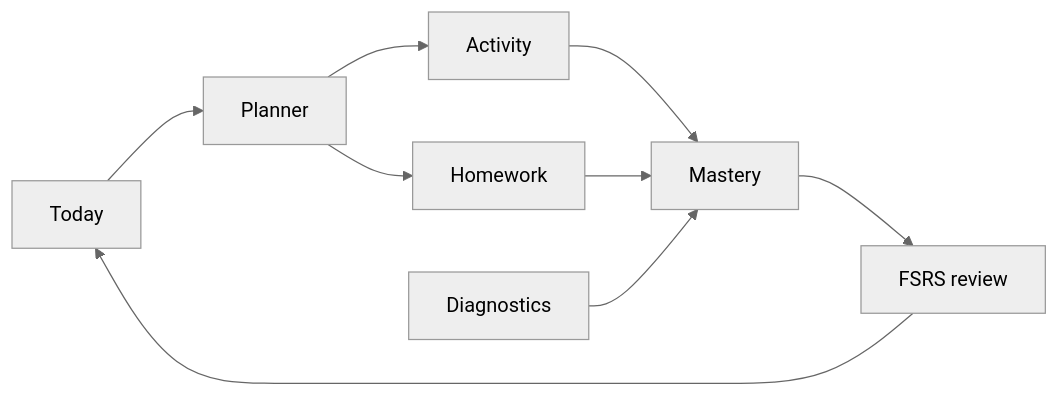
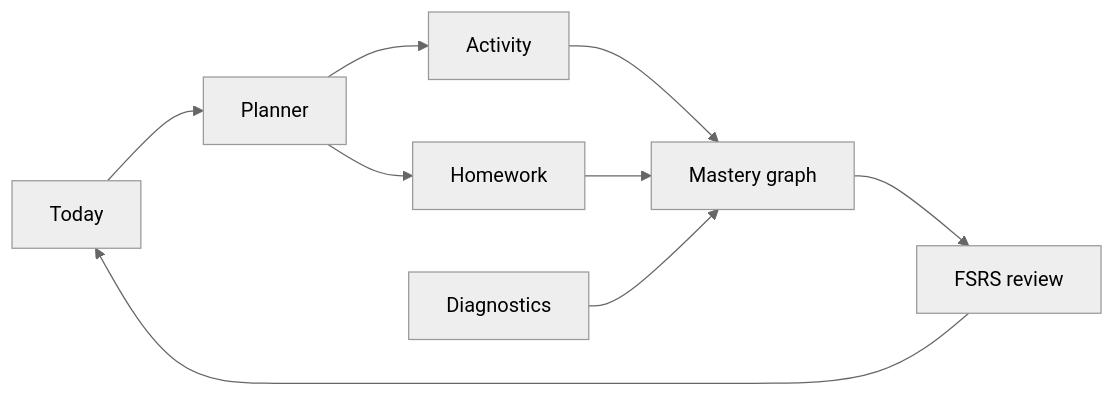
Before and after one commit to ezzy1630/MathPilot: the diagram in README.md, drawn with Mermaid (neutral theme). The commit also changed other lines of this file and 4 other files, not shown here.

````diff
--- a/README.md
+++ b/README.md
@@ -61,11 +62,11 @@
 ```mermaid
 flowchart LR
   T[Today] --> P[Planner]
   P --> A[Activity]
   P --> H[Homework]
-  A --> M[Mastery]
+  A --> M[Mastery graph]
   H --> M
   M --> R[FSRS review]
   R --> T
   D[Diagnostics] --> M
 ```
````
